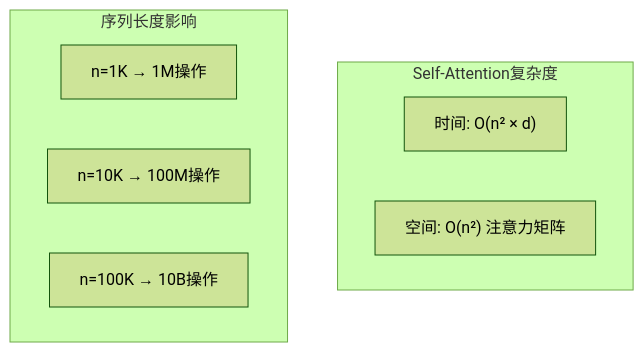
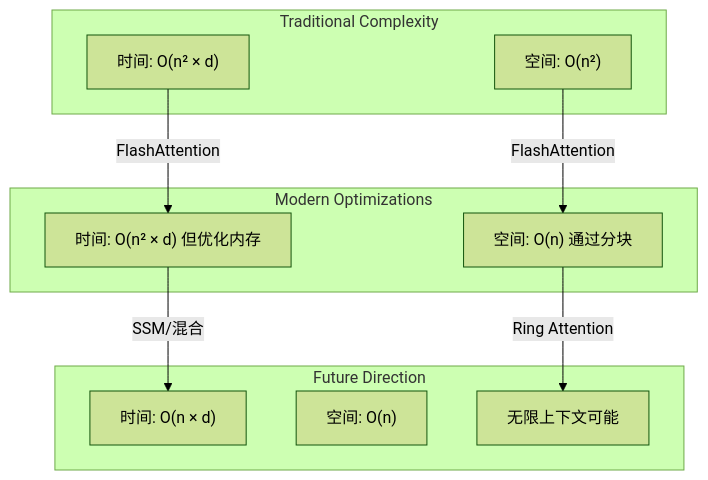
Diagram 22 of 24 in learning/website/docs/basics/05-transformer-architecture.md (Xunzhuo/mini-sglang), drawn with Mermaid (forest theme) before and after one commit. The commit also changed other lines of this file and 7 other files, not shown here.

````diff
--- a/learning/website/docs/basics/05-transformer-architecture.md
+++ b/learning/website/docs/basics/05-transformer-architecture.md
@@ -481,13 +610,23 @@
 ```mermaid
 graph TB
-    subgraph Self-Attention复杂度
-        T["时间: O(n² × d)"]
-        S["空间: O(n²) 注意力矩阵"]
+    subgraph Traditional Complexity
+        TC["时间: O(n² × d)"]
+        TS["空间: O(n²)"]
     end
     
-    subgraph 序列长度影响
-        L1["n=1K → 1M操作"]
-        L2["n=10K → 100M操作"]
-        L3["n=100K → 10B操作"]
+    subgraph Modern Optimizations
+        MC["时间: O(n² × d) 但优化内存"]
+        MS["空间: O(n) 通过分块"]
     end
+    
+    subgraph Future Direction
+        FV["时间: O(n × d)"]
+        FV1["空间: O(n)"]
+        FV2["无限上下文可能"]
+    end
+    
+    TC --> |FlashAttention| MC
+    TS --> |FlashAttention| MS
+    MC --> |SSM/混合| FV
+    MS --> |Ring Attention| FV2
 ```
````
